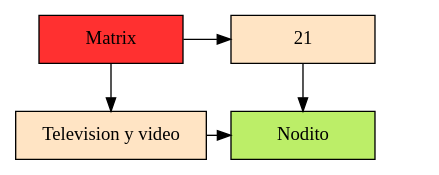
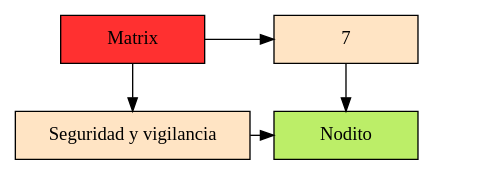
One commit to JAlvarez9/EDD_VirtualMall_201900528 changed the diagram in EDD_VirtualMall/Backend/Dots/matriz.dot. Above: the diagram before and after it, drawn with Graphviz. The commit also changed 21 other files, not shown here.

```diff
--- a/EDD_VirtualMall/Backend/Dots/matriz.dot
+++ b/EDD_VirtualMall/Backend/Dots/matriz.dot
@@ -1,15 +1,15 @@
 digraph G{ 
 node [shape=box] 
  Mt[ label = "Matrix", width = 1.5, style = filled, fillcolor = firebrick1, group = 1 ]; 
 e0[ shape = point, width = 0 ]; 
 e1[ shape = point, width = 0 ]; 
-node0xc00031a180 [label = "Television y video"    width = 1.5 style = filled, fillcolor = bisque1, group = 1 ]; 
-node0xc0003021e0 [label = "21"    width = 1.5 style = filled, fillcolor = bisque1, group = 2 ]; 
-Mt -> node0xc00031a180 
-Mt -> node0xc0003021e0 
-{ rank = same; Mt;  node0xc0003021e0;} 
-node0xc0003021e0 -> node0xc000316700; 
-node0xc000316700 [label = "Nodito" style = filled, fillcolor = darkolivegreen2	 width = 1.5, group = 2 ]; 
-node0xc00031a180 -> node0xc000316700; 
-{ rank = same; node0xc00031a180; node0xc000316700;} 
+node0xc00008e540 [label = "Seguridad y vigilancia"    width = 1.5 style = filled, fillcolor = bisque1, group = 1 ]; 
+node0xc0000b0050 [label = "7"    width = 1.5 style = filled, fillcolor = bisque1, group = 2 ]; 
+Mt -> node0xc00008e540 
+Mt -> node0xc0000b0050 
+{ rank = same; Mt;  node0xc0000b0050;} 
+node0xc0000b0050 -> node0xc000212340; 
+node0xc000212340 [label = "Nodito" style = filled, fillcolor = darkolivegreen2	 width = 1.5, group = 2 ]; 
+node0xc00008e540 -> node0xc000212340; 
+{ rank = same; node0xc00008e540; node0xc000212340;} 
 } 
```
